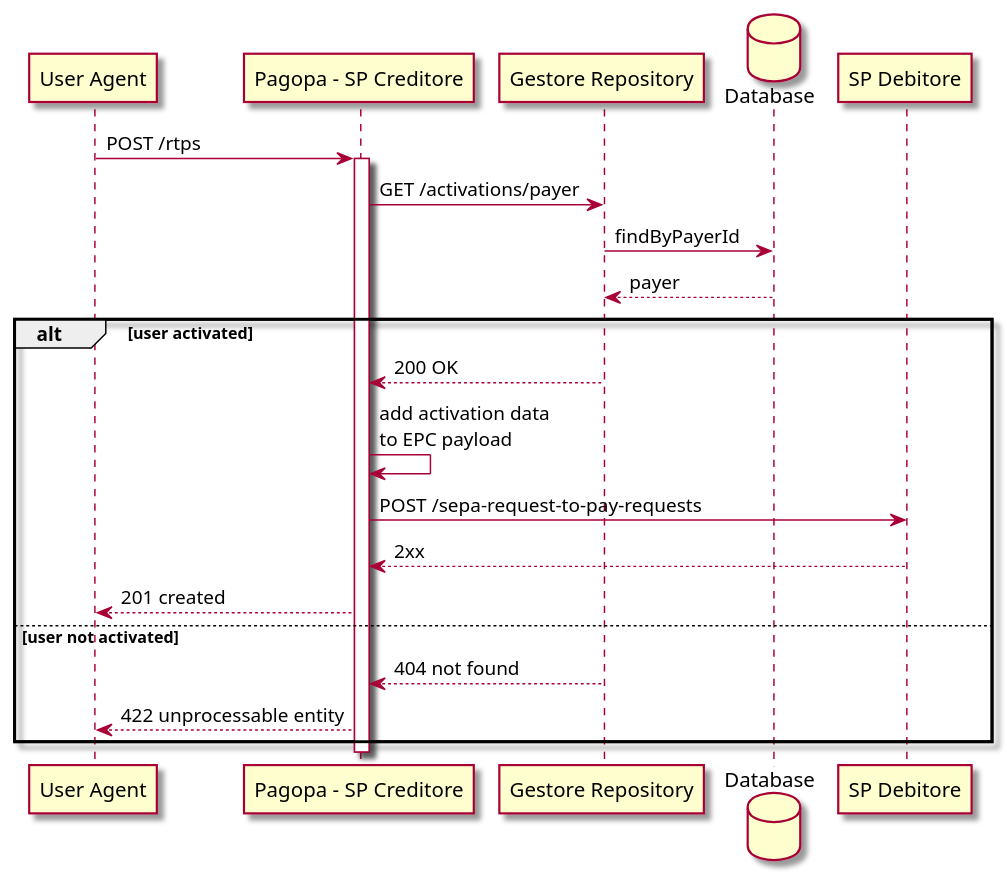
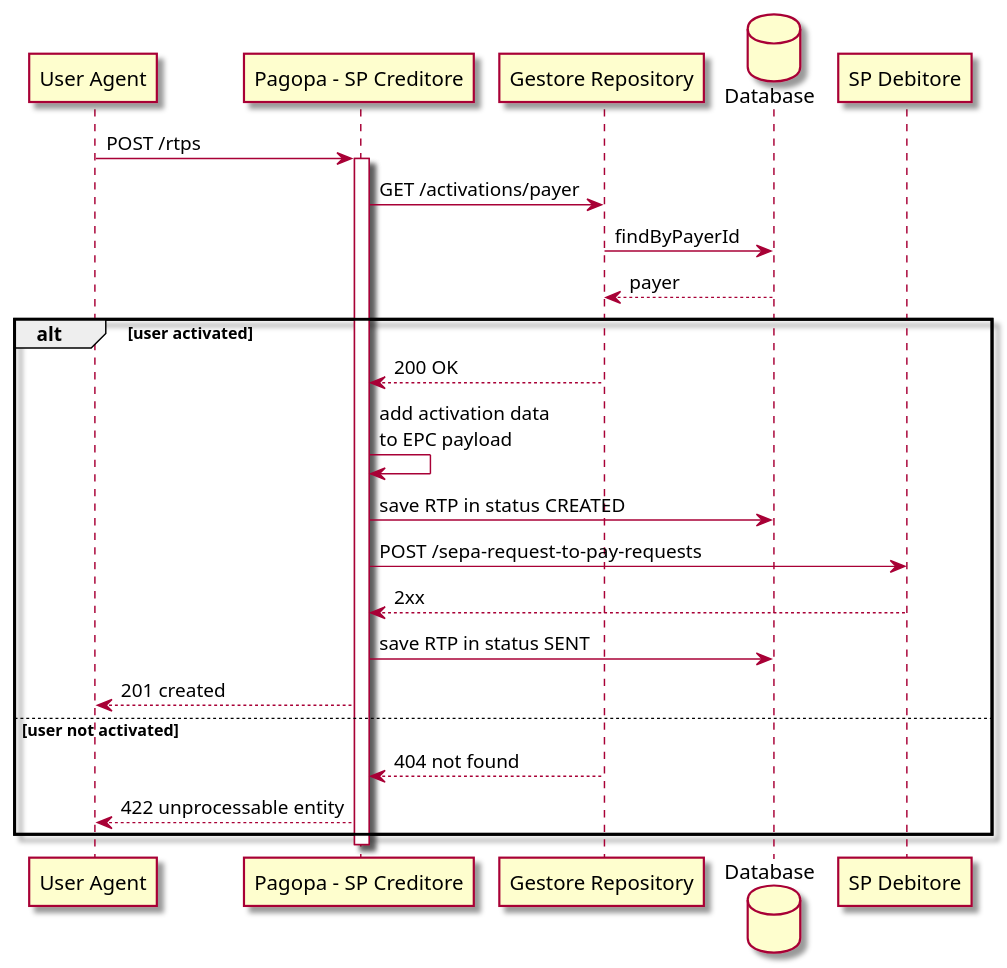
Before and after one commit to pagopa/rtp-docs: the diagram in diagrams/send.puml, drawn with PlantUML.

```diff
--- a/diagrams/send.puml
+++ b/diagrams/send.puml
@@ -1,33 +1,35 @@
 @startuml
 
 skin rose
 participant "User Agent" as UA
 participant "Pagopa - SP Creditore" as SPC
 participant "Gestore Repository" as GR
 database "Database" as DB
 participant "SP Debitore" as SPD
 
 UA -> SPC: POST /rtps
 activate SPC
 
 
 SPC -> GR: GET /activations/payer
 GR -> DB: findByPayerId
 DB --> GR: payer
 
 alt user activated
 GR --> SPC: 200 OK
 
 SPC -> SPC: add activation data \nto EPC payload
+SPC -> DB: save RTP in status CREATED
 SPC -> SPD: POST /sepa-request-to-pay-requests
 SPD --> SPC: 2xx
+SPC -> DB: save RTP in status SENT
 SPC --> UA: 201 created
 
 else user not activated
 GR --> SPC: 404 not found
 SPC --> UA: 422 unprocessable entity
 end
 
 deactivate SPC
 
 @enduml
```
